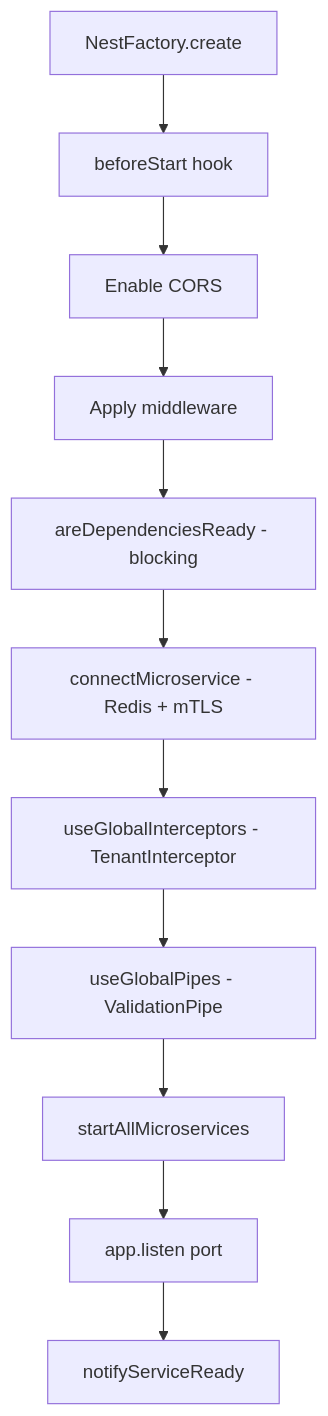
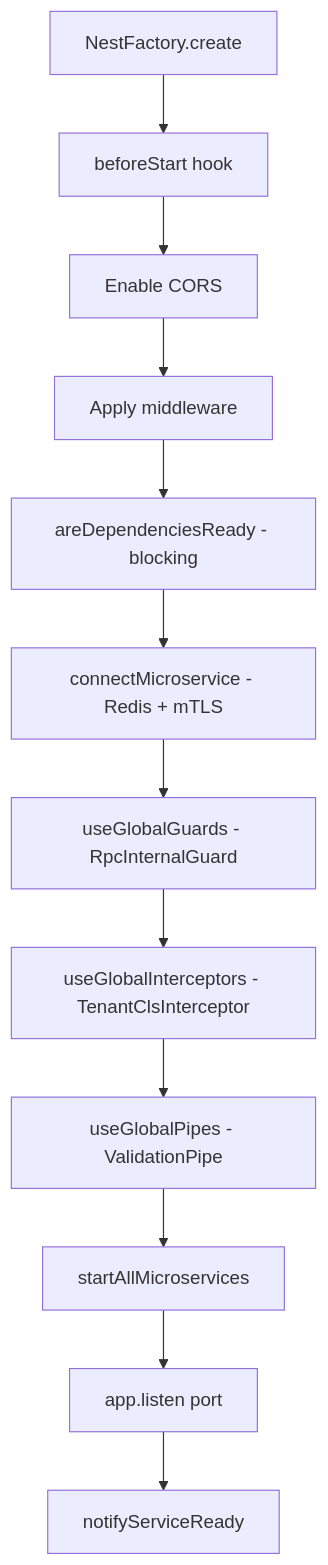
The first of 3 diagrams in docs/architecture/startup.md (CucuProject/cucu-docs), drawn with Mermaid before and after one commit. The commit also changed other lines of this file and 14 other files, not shown here.

````diff
--- a/docs/architecture/startup.md
+++ b/docs/architecture/startup.md
@@ -46,13 +48,14 @@
 ```mermaid
 flowchart TD
     A[NestFactory.create] --> B[beforeStart hook]
     B --> C[Enable CORS]
     C --> D[Apply middleware]
     D --> E[areDependenciesReady - blocking]
     E --> F[connectMicroservice - Redis + mTLS]
-    F --> G[useGlobalInterceptors - TenantInterceptor]
+    F --> G1[useGlobalGuards - RpcInternalGuard]
+    G1 --> G[useGlobalInterceptors - TenantClsInterceptor]
     G --> H[useGlobalPipes - ValidationPipe]
     H --> I[startAllMicroservices]
     I --> J[app.listen port]
     J --> K[notifyServiceReady]
 ```
````
